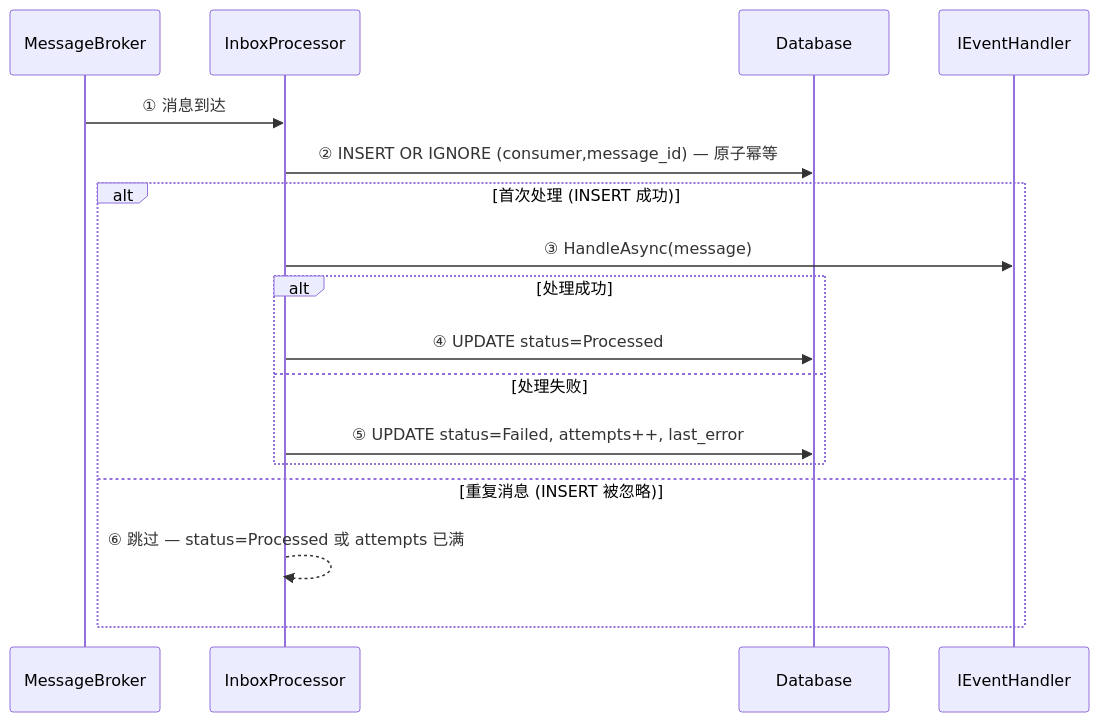
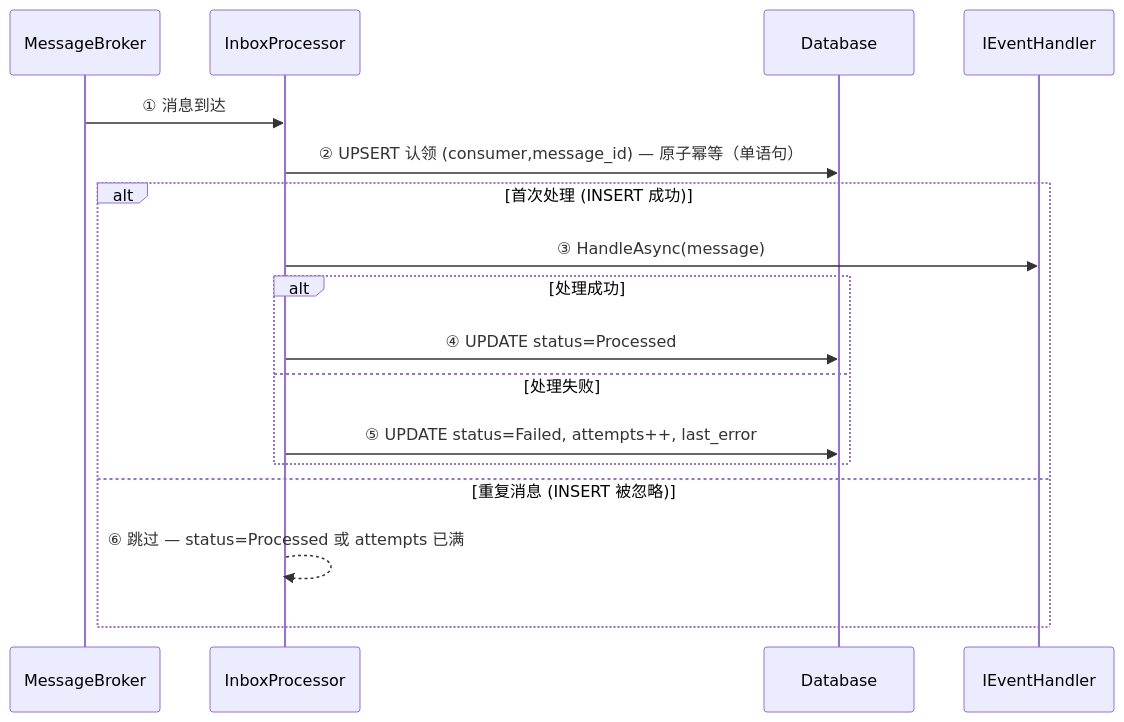
Before and after one commit to yuebo119/PalDDD: the third of 4 diagrams in docs/architecture.md, drawn with Mermaid. The commit also changed other lines of this file and 29 other files, not shown here.

````diff
--- a/docs/architecture.md
+++ b/docs/architecture.md
@@ -385,20 +386,20 @@
 ```mermaid
 sequenceDiagram
     participant Broker as MessageBroker
     participant IP as InboxProcessor
     participant DB as Database
     participant Handler as IEventHandler
 
     Broker->>IP: ① 消息到达
-    IP->>DB: ② INSERT OR IGNORE (consumer,message_id) — 原子幂等
+    IP->>DB: ② UPSERT 认领 (consumer,message_id) — 原子幂等（单语句）
     alt 首次处理 (INSERT 成功)
         IP->>Handler: ③ HandleAsync(message)
         alt 处理成功
             IP->>DB: ④ UPDATE status=Processed
         else 处理失败
             IP->>DB: ⑤ UPDATE status=Failed, attempts++, last_error
         end
     else 重复消息 (INSERT 被忽略)
         IP-->>IP: ⑥ 跳过 — status=Processed 或 attempts 已满
     end
 ```
````
